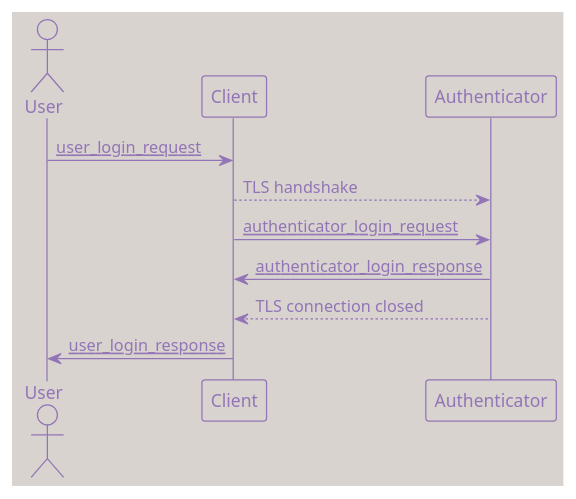
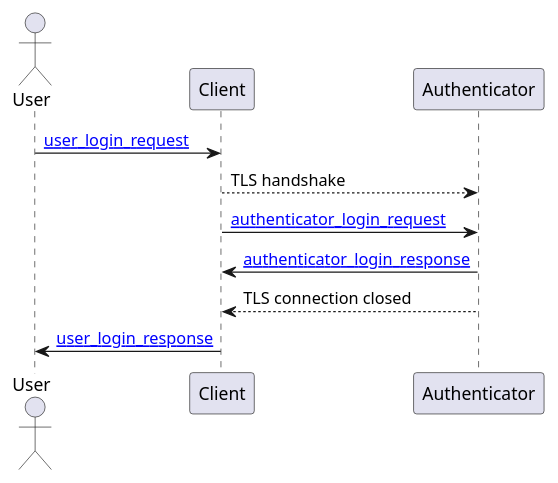
One commit to dgolbourn/eiko changed the first of 2 diagrams in docs/sequence.md. Above: the diagram before and after it, drawn with PlantUML. The commit also changed other lines of this file, not shown here.

````diff
--- a/docs/sequence.md
+++ b/docs/sequence.md
@@ -5,12 +5,11 @@
 ```{plantuml}
     @startuml
-    !theme mimeograph
     actor User
     User -> Client : [[https://github.com/dgolbourn/eiko/blob/main/res/schemas/user_login_request.json user_login_request]]
     Client --> Authenticator : TLS handshake
     Client -> Authenticator : [[https://github.com/dgolbourn/eiko/blob/main/res/schemas/authenticator_login_request.json authenticator_login_request]]
     Authenticator -> Client : [[https://github.com/dgolbourn/eiko/blob/main/res/schemas/authenticator_login_response.json authenticator_login_response]]
     Client <-- Authenticator : TLS connection closed
     Client -> User : [[https://github.com/dgolbourn/eiko/blob/main/res/schemas/user_login_response.json user_login_response]]
     @enduml
 ```
````
